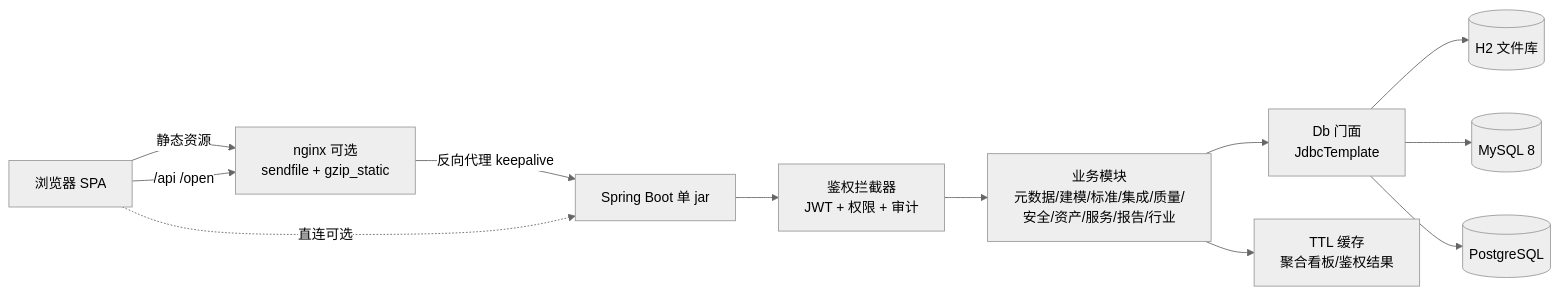
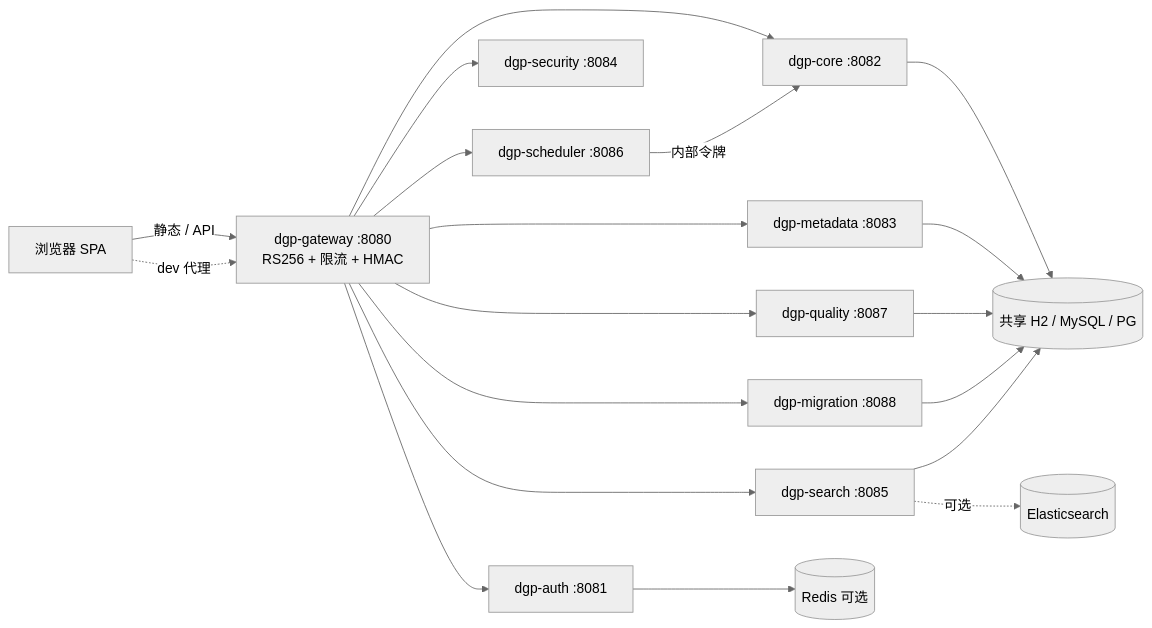
Before and after one commit to potty520/dataflow: the diagram in README.md, drawn with Mermaid (neutral theme). The commit also changed other lines of this file and 3 other files, not shown here.

````diff
--- a/README.md
+++ b/README.md
@@ -60,14 +61,21 @@
 ```mermaid
 flowchart LR
-    U[浏览器 SPA] -->|静态资源| N[nginx 可选<br/>sendfile + gzip_static]
-    U -->|/api /open| N
-    N -->|反向代理 keepalive| A[Spring Boot 单 jar]
-    U -.直连可选.-> A
-    A --> I[鉴权拦截器<br/>JWT + 权限 + 审计]
-    I --> C[业务模块<br/>元数据/建模/标准/集成/质量/安全/资产/服务/报告/行业]
-    C --> D[Db 门面<br/>JdbcTemplate]
-    D --> H[(H2 文件库)]
-    D --> M[(MySQL 8)]
-    D --> P[(PostgreSQL)]
-    C --> T[TTL 缓存<br/>聚合看板/鉴权结果]
+    U[浏览器 SPA] -->|静态 / API| G[dgp-gateway :8080<br/>RS256 + 限流 + HMAC]
+    U -.dev 代理.-> G
+    G --> AUTH[dgp-auth :8081]
+    G --> CORE[dgp-core :8082]
+    G --> MD[dgp-metadata :8083]
+    G --> SEC[dgp-security :8084]
+    G --> SRCH[dgp-search :8085]
+    G --> SCH[dgp-scheduler :8086]
+    G --> QA[dgp-quality :8087]
+    G --> MIG[dgp-migration :8088]
+    SCH -->|内部令牌| CORE
+    AUTH --> R[(Redis 可选)]
+    CORE --> H[(共享 H2 / MySQL / PG)]
+    MD --> H
+    QA --> H
+    MIG --> H
+    SRCH --> H
+    SRCH -.可选.-> ES[(Elasticsearch)]
 ```
````
